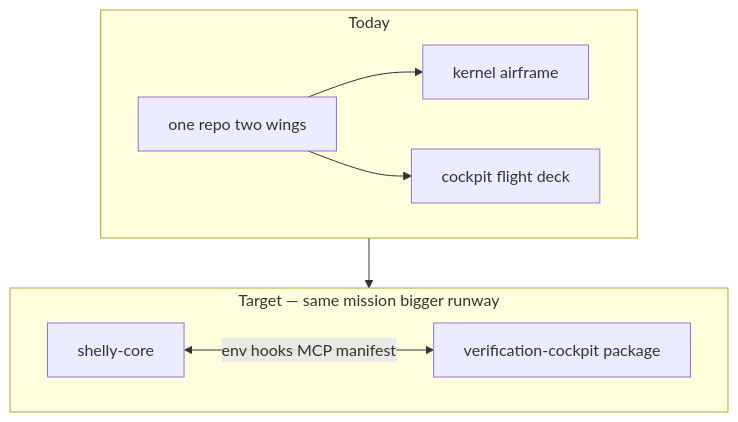
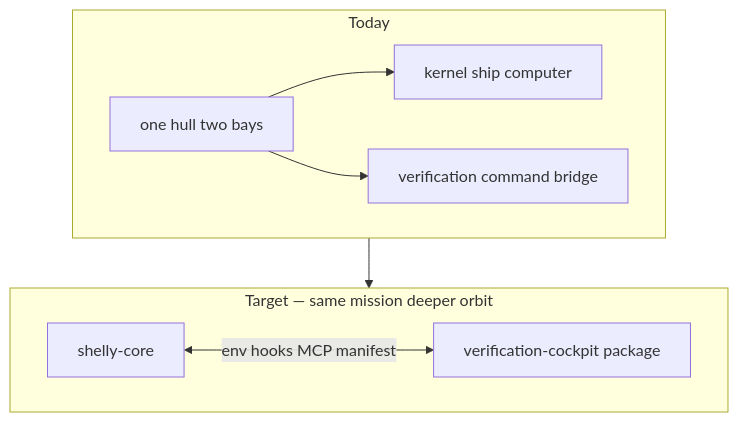
Before and after one commit to p10ns11y/shellyxz.sh: the tenth of 14 diagrams in arch-design/coming-next.md, drawn with Mermaid. The commit also changed other lines of this file, not shown here.

````diff
--- a/arch-design/coming-next.md
+++ b/arch-design/coming-next.md
@@ -329,14 +329,14 @@
 ```mermaid
 flowchart TB
   subgraph now["Today"]
-    R[one repo two wings]
-    R --> K[kernel airframe]
-    R --> C[cockpit flight deck]
+    R[one hull two bays]
+    R --> K[kernel ship computer]
+    R --> C[verification command bridge]
   end
-  subgraph target["Target — same mission bigger runway"]
+  subgraph target["Target — same mission deeper orbit"]
     K2[shelly-core]
     C2[verification-cockpit package]
     K2 <-->|env hooks MCP manifest| C2
   end
   now --> target
 ```
````
